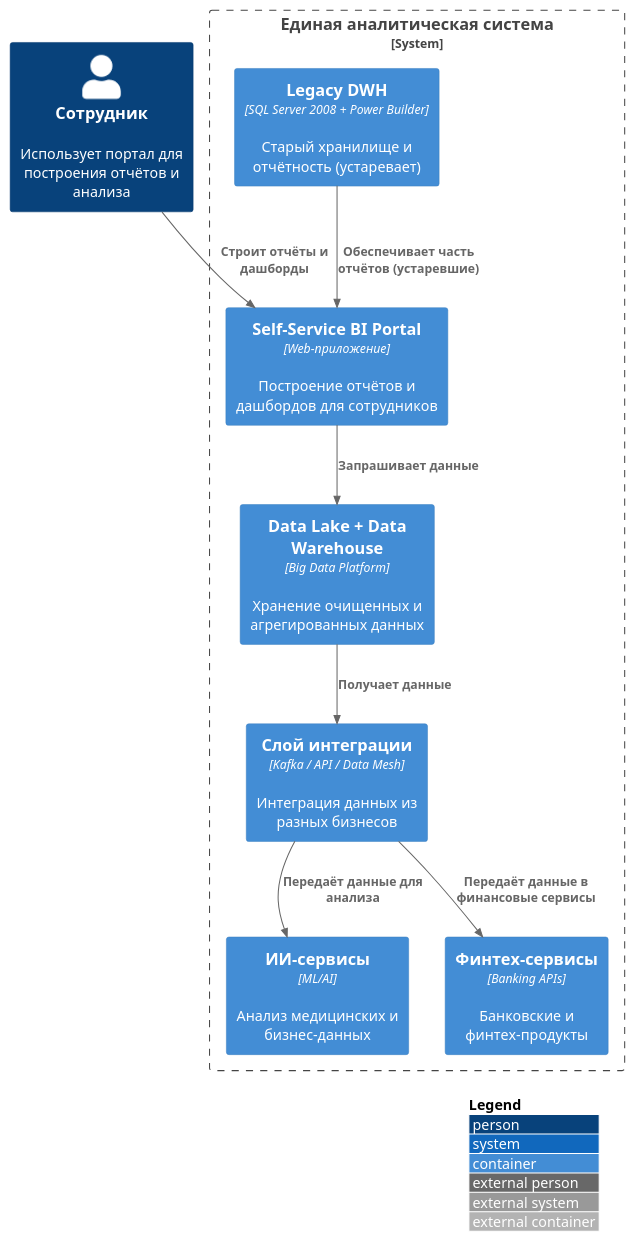
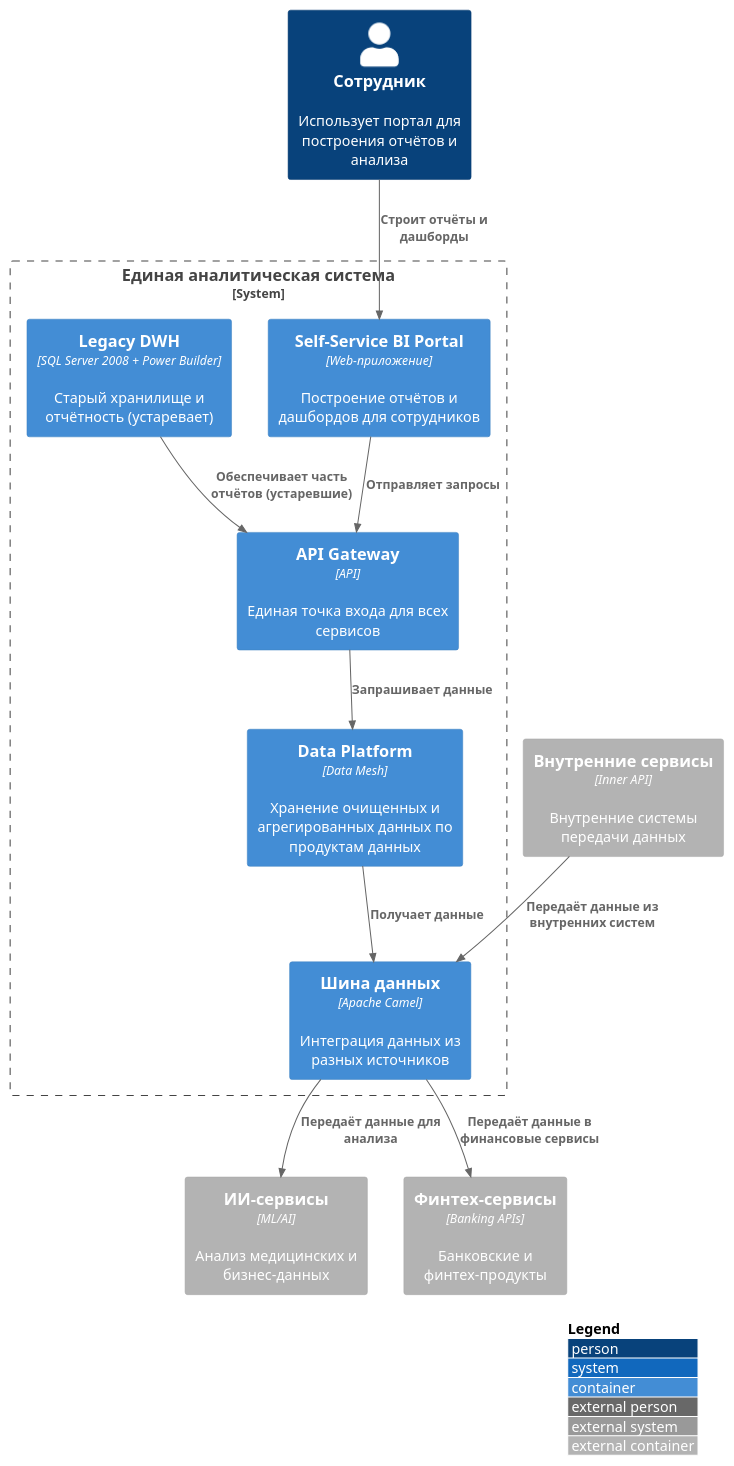
Before and after one commit to tashimotor/architecture-future_2_0: the diagram in Task1/diagram.container.puml, drawn with PlantUML. The commit also changed 3 other files, not shown here.

```diff
--- a/Task1/diagram.container.puml
+++ b/Task1/diagram.container.puml
@@ -1,26 +1,29 @@
 @startuml
 
 !includeurl https://raw.githubusercontent.com/plantuml-stdlib/C4-PlantUML/master/C4_Container.puml
 
 LAYOUT_WITH_LEGEND()
 
 Person(user, "Сотрудник", "Использует портал для построения отчётов и анализа")
+Container_Ext(inner, "Внутренние сервисы", "Inner API", "Внутренние системы передачи данных")
+Container_Ext(ai, "ИИ-сервисы", "ML/AI", "Анализ медицинских и бизнес-данных")
+Container_Ext(fintech, "Финтех-сервисы", "Banking APIs", "Банковские и финтех-продукты")
 
 System_Boundary(system, "Единая аналитическая система") {
-
-    Container(portal, "Self-Service BI Portal", "Web-приложение", "Построение отчётов и дашбордов для сотрудников")
-    Container(dwh, "Data Lake + Data Warehouse", "Big Data Platform", "Хранение очищенных и агрегированных данных")
-    Container(integration, "Слой интеграции", "Kafka / API / Data Mesh", "Интеграция данных из разных бизнесов")
-    Container(ai, "ИИ-сервисы", "ML/AI", "Анализ медицинских и бизнес-данных")
-    Container(fintech, "Финтех-сервисы", "Banking APIs", "Банковские и финтех-продукты")
+	Container(apiGateway, "API Gateway", "API", "Единая точка входа для всех сервисов")
+    Container(portalFrontend, "Self-Service BI Portal", "Web-приложение", "Построение отчётов и дашбордов для сотрудников")
+    Container(dataPlatform, "Data Platform", "Data Mesh", "Хранение очищенных и агрегированных данных по продуктам данных")
+    Container(ESB, "Шина данных", "Apache Camel", "Интеграция данных из разных источников")
     Container(legacy, "Legacy DWH", "SQL Server 2008 + Power Builder", "Старый хранилище и отчётность (устаревает)")
 }
 
-Rel(user, portal, "Строит отчёты и дашборды")
-Rel(portal, dwh, "Запрашивает данные")
-Rel(dwh, integration, "Получает данные")
-Rel(integration, ai, "Передаёт данные для анализа")
-Rel(integration, fintech, "Передаёт данные в финансовые сервисы")
-Rel(legacy, portal, "Обеспечивает часть отчётов (устаревшие)")
+Rel(user, portalFrontend, "Строит отчёты и дашборды")
+Rel(portalFrontend, apiGateway, "Отправляет запросы")
+Rel(apiGateway, dataPlatform, "Запрашивает данные")
+Rel(dataPlatform, ESB, "Получает данные")
+Rel(inner, ESB, "Передаёт данные из внутренних систем")
+Rel(ESB, ai, "Передаёт данные для анализа")
+Rel(ESB, fintech, "Передаёт данные в финансовые сервисы")
+Rel(legacy, apiGateway, "Обеспечивает часть отчётов (устаревшие)")
 
 @enduml
```
